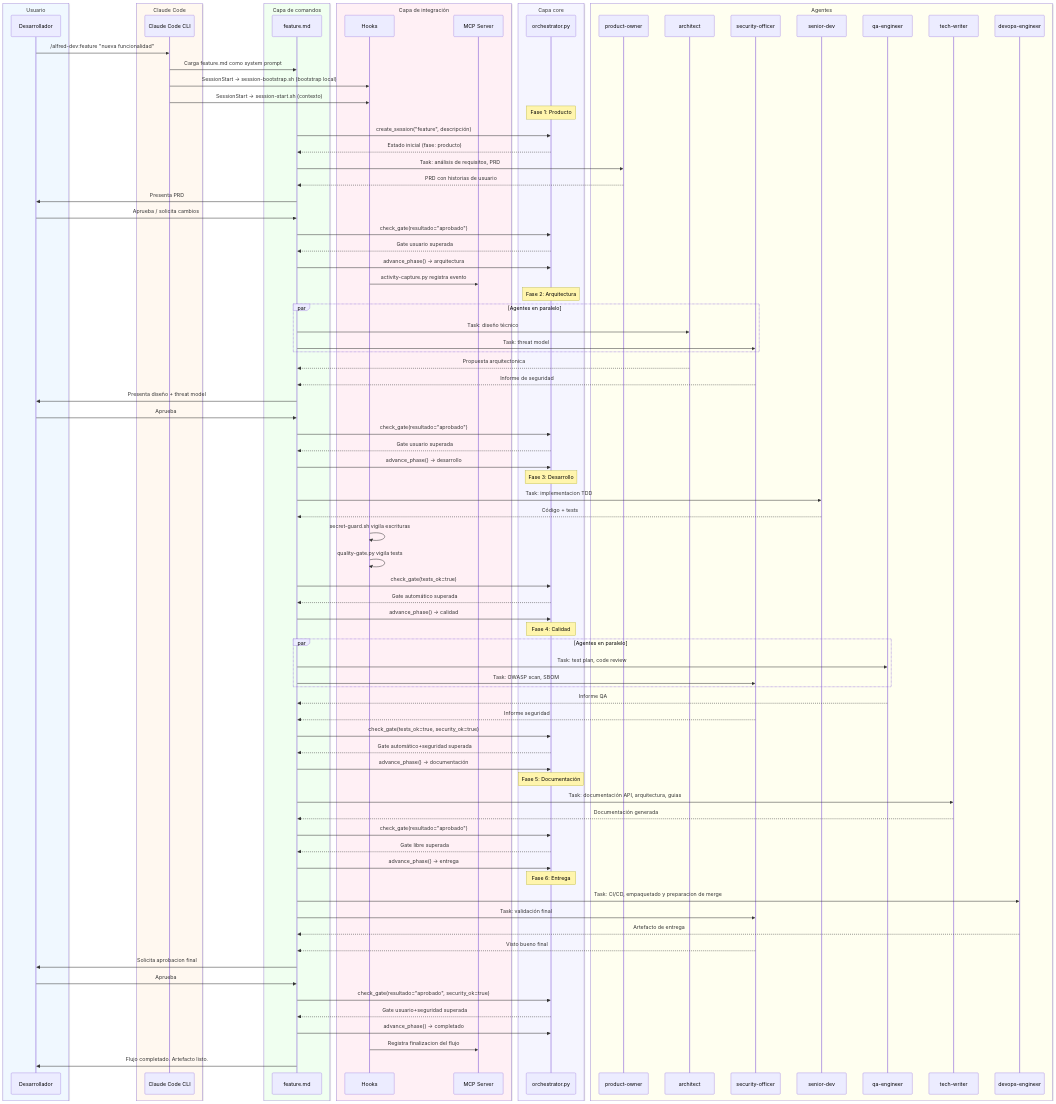
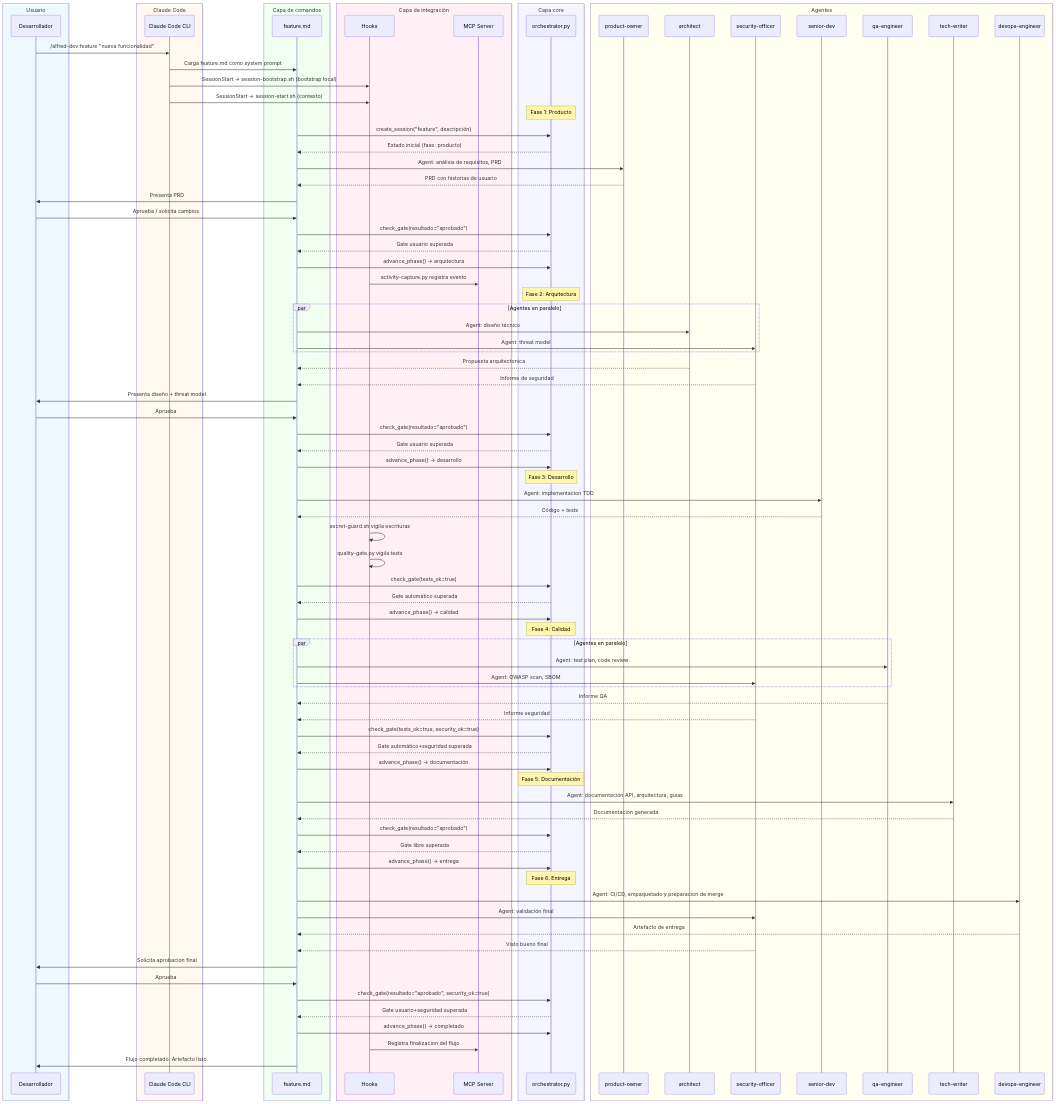
Before and after one commit to 686f6c61/alfred-dev: the second of 3 diagrams in docs/architecture.md, drawn with Mermaid. The commit also changed other lines of this file and 119 other files, not shown here.

```diff
--- a/docs/architecture.md
+++ b/docs/architecture.md
@@ -230,7 +241,7 @@
 
     CMD->>ORC: create_session("feature", descripción)
     ORC-->>CMD: Estado inicial (fase: producto)
-    CMD->>PO: Task: análisis de requisitos, PRD
+    CMD->>PO: Agent: análisis de requisitos, PRD
     PO-->>CMD: PRD con historias de usuario
     CMD->>U: Presenta PRD
     U->>CMD: Aprueba / solicita cambios
@@ -242,8 +253,8 @@
     Note over ORC: Fase 2: Arquitectura
 
     par Agentes en paralelo
-        CMD->>AR: Task: diseño técnico
-        CMD->>SO: Task: threat model
+        CMD->>AR: Agent: diseño técnico
+        CMD->>SO: Agent: threat model
     end
     AR-->>CMD: Propuesta arquitectonica
     SO-->>CMD: Informe de seguridad
@@ -255,7 +266,7 @@
 
     Note over ORC: Fase 3: Desarrollo
 
-    CMD->>SD: Task: implementacion TDD
+    CMD->>SD: Agent: implementacion TDD
     SD-->>CMD: Código + tests
     HK->>HK: secret-guard.sh vigila escrituras
     HK->>HK: quality-gate.py vigila tests
@@ -266,8 +277,8 @@
     Note over ORC: Fase 4: Calidad
 
     par Agentes en paralelo
-        CMD->>QA: Task: test plan, code review
-        CMD->>SO: Task: OWASP scan, SBOM
+        CMD->>QA: Agent: test plan, code review
+        CMD->>SO: Agent: OWASP scan, SBOM
     end
     QA-->>CMD: Informe QA
     SO-->>CMD: Informe seguridad
@@ -277,7 +288,7 @@
 
     Note over ORC: Fase 5: Documentación
 
-    CMD->>TW: Task: documentación API, arquitectura, guias
+    CMD->>TW: Agent: documentación API, arquitectura, guias
     TW-->>CMD: Documentación generada
     CMD->>ORC: check_gate(resultado="aprobado")
     ORC-->>CMD: Gate libre superada
@@ -285,8 +296,8 @@
 
     Note over ORC: Fase 6: Entrega
 
-    CMD->>DO: Task: CI/CD, empaquetado y preparacion de merge
-    CMD->>SO: Task: validación final
+    CMD->>DO: Agent: CI/CD, empaquetado y preparacion de merge
+    CMD->>SO: Agent: validación final
     DO-->>CMD: Artefacto de entrega
     SO-->>CMD: Visto bueno final
     CMD->>U: Solicita aprobacion final
```
